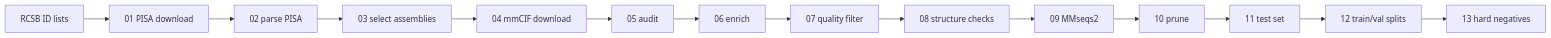
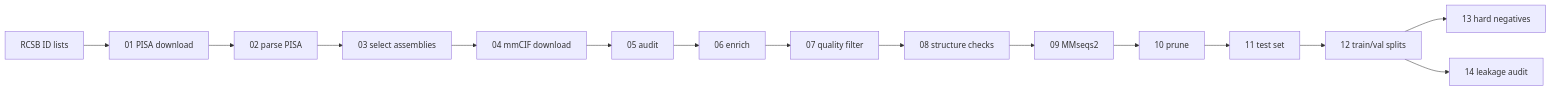
The diagram in README.md (marcos-bioinformatics/PPI_PDB_Scraper), drawn with Mermaid before and after one commit. The commit also changed other lines of this file and 6 other files, not shown here.

First line of the commit message:
Leak-free clustering by connected components and a leakage audit

````diff
--- a/README.md
+++ b/README.md
@@ -44,7 +47,8 @@
 ```mermaid
 flowchart LR
   ids[RCSB ID lists] --> s01[01 PISA download] --> s02[02 parse PISA] --> s03[03 select assemblies]
   s03 --> s04[04 mmCIF download] --> s05[05 audit] --> s06[06 enrich]
   s06 --> s07[07 quality filter] --> s08[08 structure checks] --> s09[09 MMseqs2]
   s09 --> s10[10 prune] --> s11[11 test set] --> s12[12 train/val splits] --> s13[13 hard negatives]
+  s12 --> s14[14 leakage audit]
 ```
````
